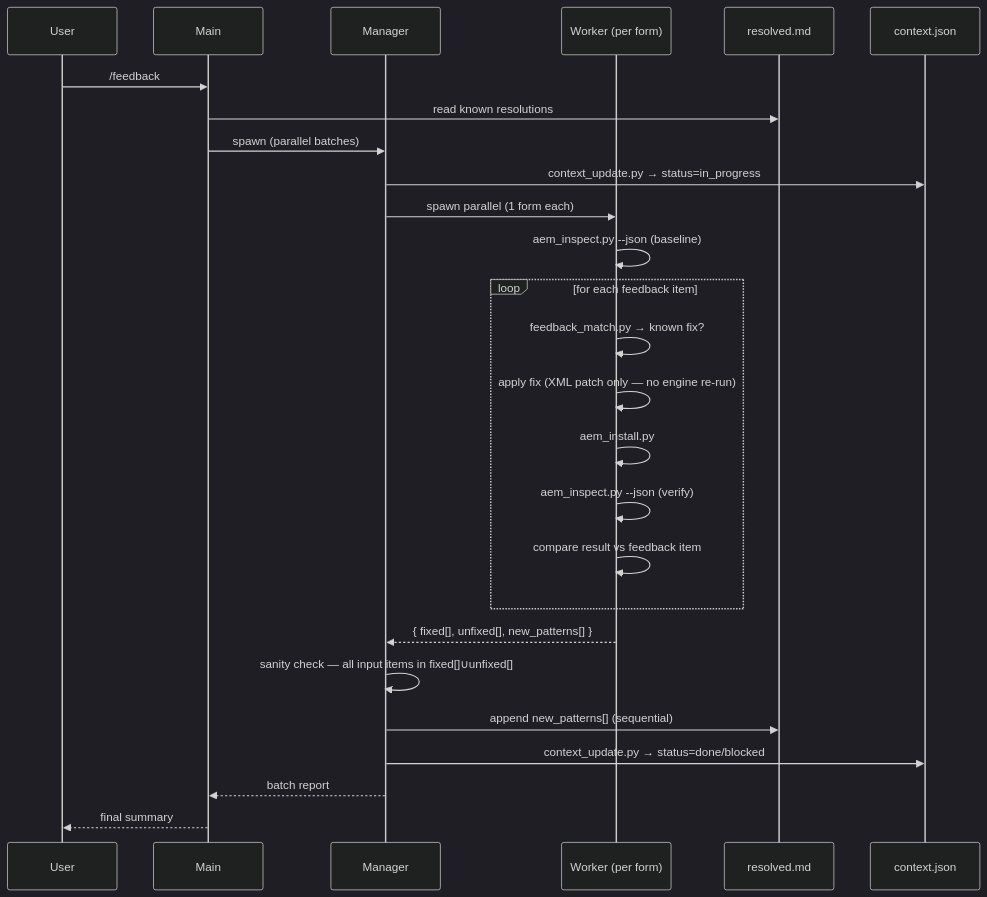
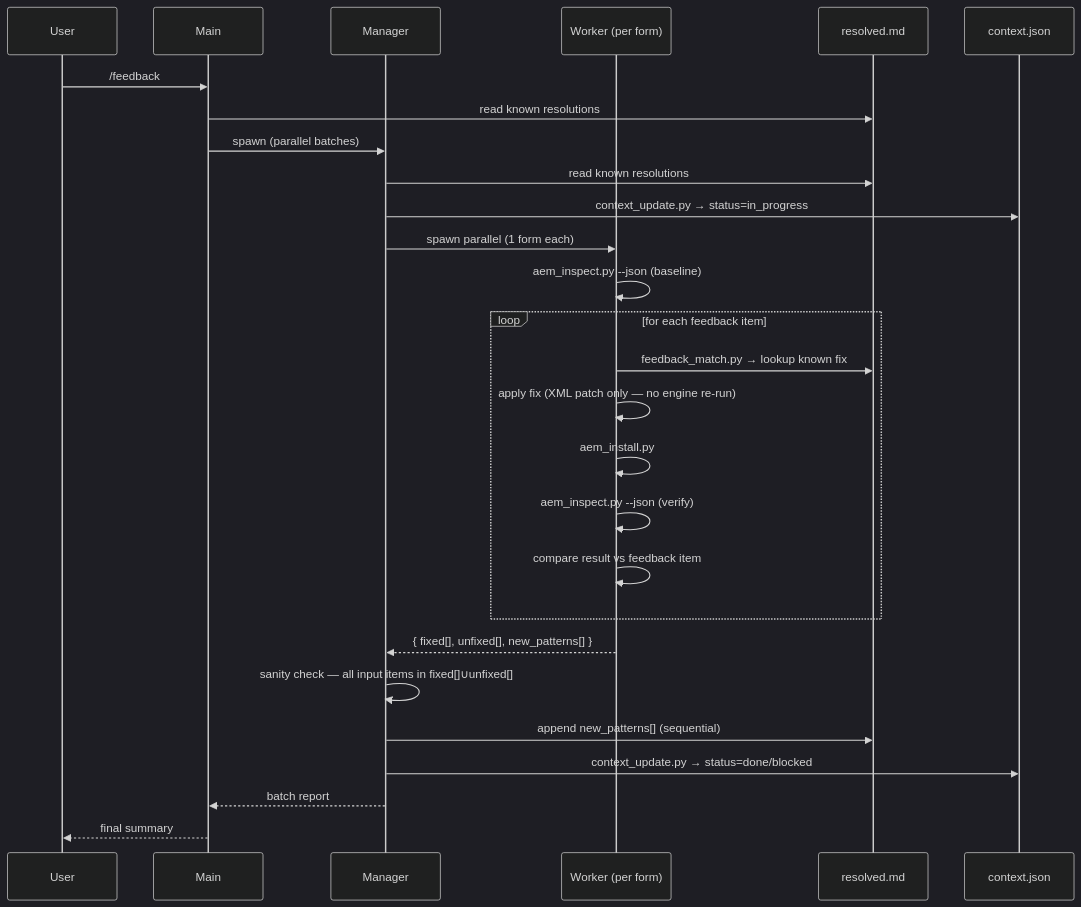
The second of 2 diagrams in docs/feedback-pipeline-plan.md (ajilach/ajila-forms-conversion-engine), drawn with Mermaid (dark theme) before and after one commit.

Commit message:
show all agents reading resolved.md in sequence diagram
Manager now explicitly reads resolved.md on startup. Worker's
feedback_match.py arrow points to resolved.md instead of looping back
to itself, making the read visible in the data flow.

````diff
--- a/docs/feedback-pipeline-plan.md
+++ b/docs/feedback-pipeline-plan.md
@@ -46,35 +46,36 @@
 ```mermaid
 sequenceDiagram
     participant U as User
     participant Main
     participant Mgr as Manager
     participant Wkr as Worker (per form)
     participant R as resolved.md
     participant C as context.json
 
     U->>Main: /feedback
     Main->>R: read known resolutions
     Main->>Mgr: spawn (parallel batches)
 
+    Mgr->>R: read known resolutions
     Mgr->>C: context_update.py → status=in_progress
     Mgr->>Wkr: spawn parallel (1 form each)
 
     Wkr->>Wkr: aem_inspect.py --json (baseline)
 
     loop for each feedback item
-        Wkr->>Wkr: feedback_match.py → known fix?
+        Wkr->>R: feedback_match.py → lookup known fix
         Wkr->>Wkr: apply fix (XML patch only — no engine re-run)
         Wkr->>Wkr: aem_install.py
         Wkr->>Wkr: aem_inspect.py --json (verify)
         Wkr->>Wkr: compare result vs feedback item
     end
 
     Wkr-->>Mgr: { fixed[], unfixed[], new_patterns[] }
 
     Mgr->>Mgr: sanity check — all input items in fixed[]∪unfixed[]
     Mgr->>R: append new_patterns[] (sequential)
     Mgr->>C: context_update.py → status=done/blocked
     Mgr-->>Main: batch report
 
     Main-->>U: final summary
 ```
````
